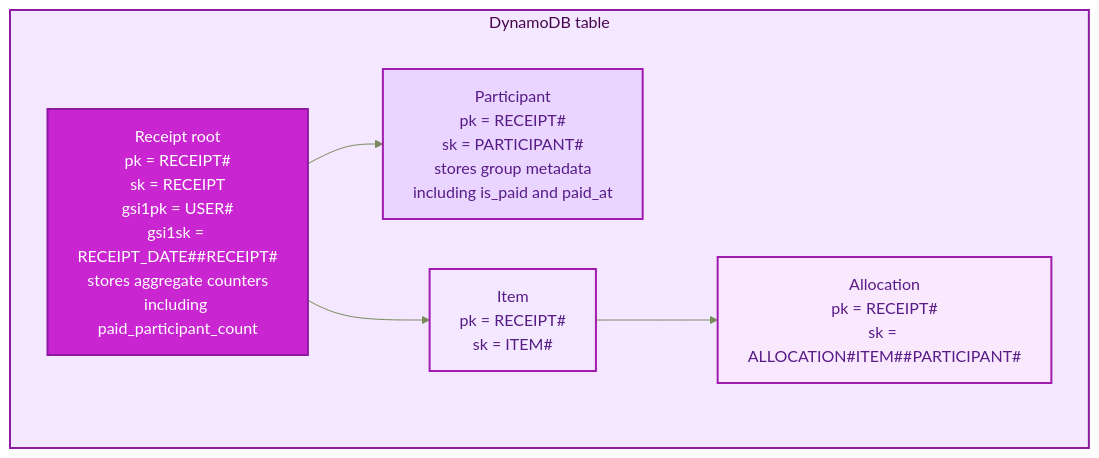
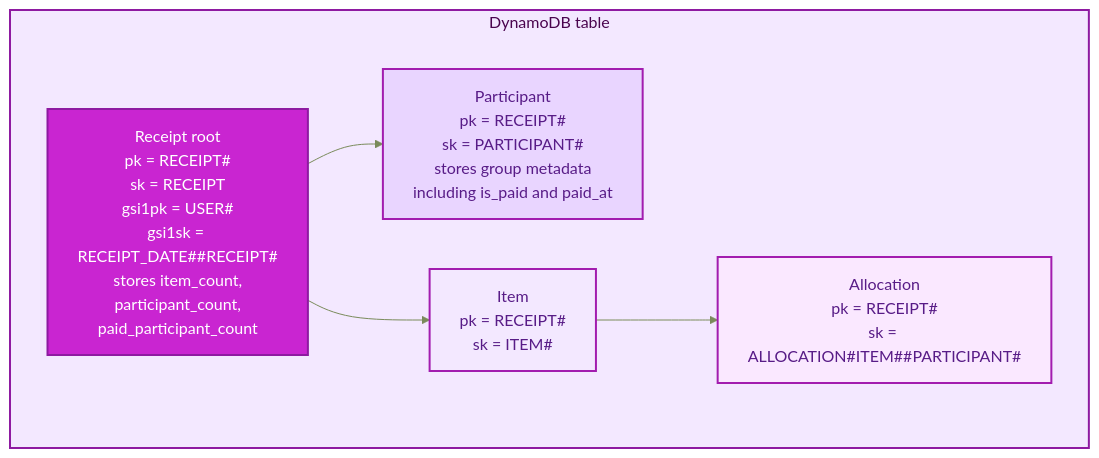
One commit to reiganarmstrong/check-split-mono changed the third of 5 diagrams in infra/modules/receipt-api/README.md. Above: the diagram before and after it, drawn with Mermaid. The commit also changed other lines of this file and 1 other file, not shown here.

````diff
--- a/infra/modules/receipt-api/README.md
+++ b/infra/modules/receipt-api/README.md
@@ -151,49 +151,50 @@
 ```mermaid
 ---
 config:
   theme: base
   themeVariables:
     primaryColor: "#F8F5E9"
     primaryTextColor: "#1F2933"
     primaryBorderColor: "#556B2F"
     lineColor: "#7A8B5B"
     secondaryColor: "#E6F4EA"
     tertiaryColor: "#E8EEF9"
 ---
 flowchart TB
   subgraph T["DynamoDB table"]
     RR["Receipt root
 pk = RECEIPT#<receipt_id>
 sk = RECEIPT
 gsi1pk = USER#<owner_user_id>
 gsi1sk = RECEIPT_DATE#<receipt_occurred_at>#RECEIPT#<receipt_id>
-stores aggregate counters
-including paid_participant_count"]
+stores item_count,
+participant_count,
+paid_participant_count"]
     RP["Participant
 pk = RECEIPT#<receipt_id>
 sk = PARTICIPANT#<participant_id>
 stores group metadata
 including is_paid and paid_at"]
     RI["Item
 pk = RECEIPT#<receipt_id>
 sk = ITEM#<item_id>"]
     RA["Allocation
 pk = RECEIPT#<receipt_id>
 sk = ALLOCATION#ITEM#<item_id>#PARTICIPANT#<participant_id>"]
   end
 
   RR --> RP
   RR --> RI
   RI --> RA
 
   style T fill:#F3E8FF,stroke:#8E1AA1,stroke-width:2px,color:#4A044E
   classDef root fill:#C925D1,stroke:#8E1AA1,color:#FFFFFF,stroke-width:2px;
   classDef participant fill:#E9D5FF,stroke:#A21CAF,color:#581C87,stroke-width:2px;
   classDef item fill:#F3E8FF,stroke:#A21CAF,color:#581C87,stroke-width:2px;
   classDef allocation fill:#FAE8FF,stroke:#A21CAF,color:#581C87,stroke-width:2px;
 
   class RR root;
   class RP participant;
   class RI item;
   class RA allocation;
 ```
````
